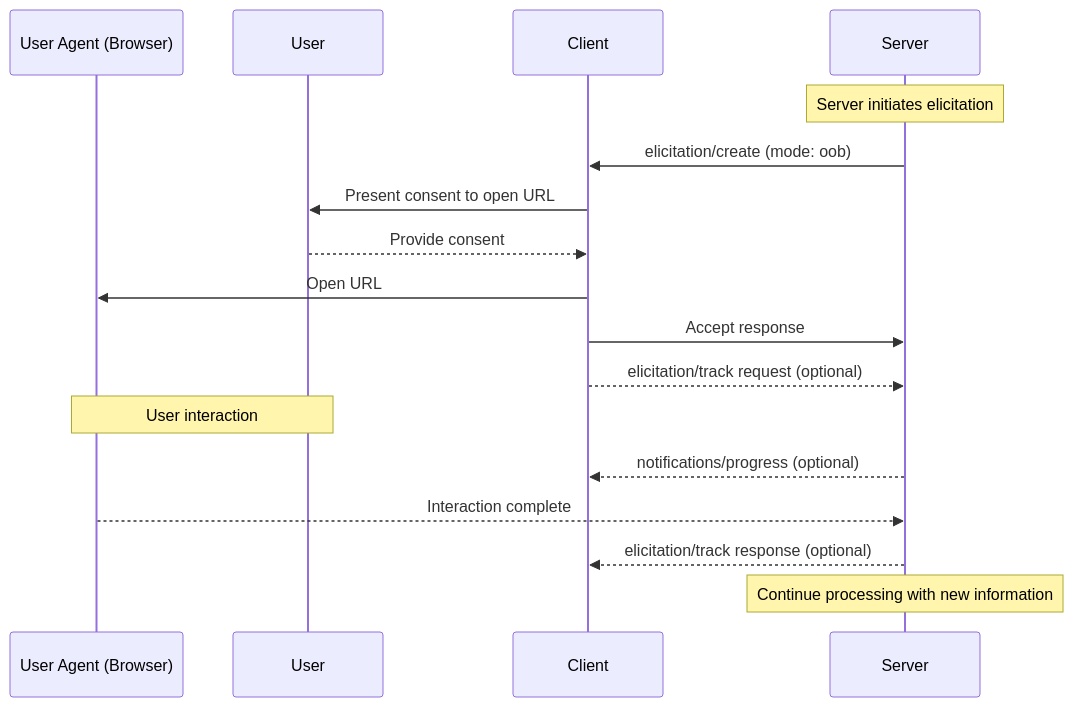
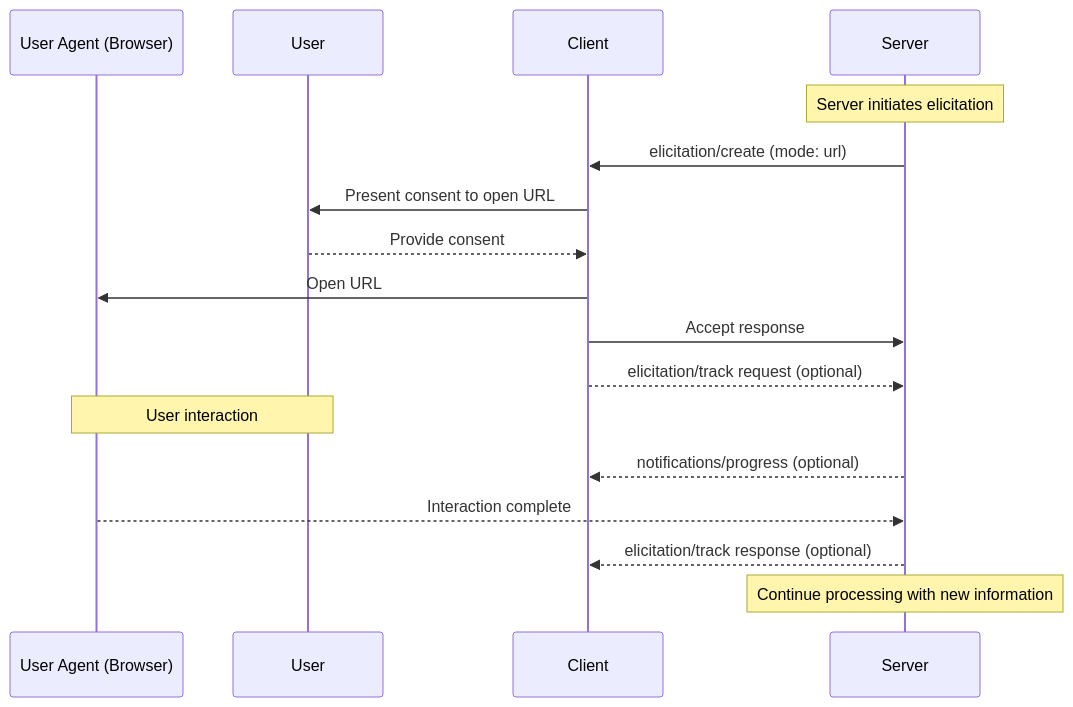
One commit to modelcontextprotocol/specification changed the second of 4 diagrams in docs/specification/draft/client/elicitation.mdx. Above: the diagram before and after it, drawn with Mermaid. The commit also changed other lines of this file and 5 other files, not shown here.

Commit message:
Change oob to url

````diff
--- a/docs/specification/draft/client/elicitation.mdx
+++ b/docs/specification/draft/client/elicitation.mdx
@@ -431,24 +431,24 @@
 ```mermaid
 sequenceDiagram
     participant UserAgent as User Agent (Browser)
     participant User
     participant Client
     participant Server
 
     Note over Server: Server initiates elicitation
-    Server->>Client: elicitation/create (mode: oob)
+    Server->>Client: elicitation/create (mode: url)
 
     Client->>User: Present consent to open URL
     User-->>Client: Provide consent
 
     Client->>UserAgent: Open URL
     Client->>Server: Accept response
     Client-->>Server: elicitation/track request (optional)
 
     Note over User,UserAgent: User interaction
     Server-->>Client: notifications/progress (optional)
     UserAgent-->>Server: Interaction complete
     Server-->>Client: elicitation/track response (optional)
 
     Note over Server: Continue processing with new information
 ```
````
